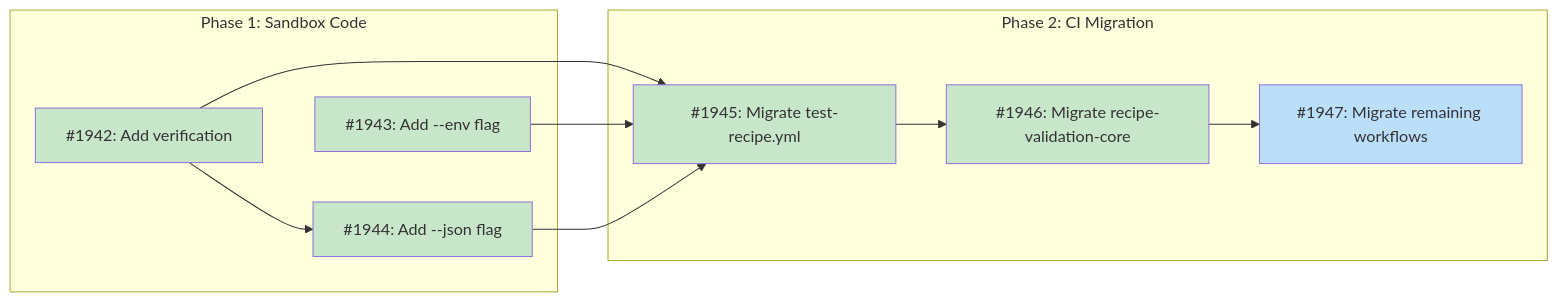
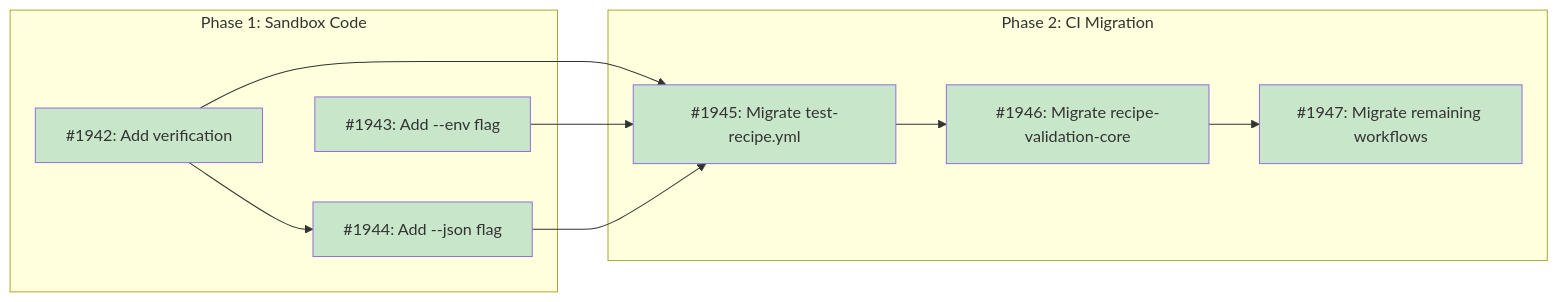
The diagram in docs/designs/DESIGN-sandbox-ci-integration.md (tsukumogami/tsuku), drawn with Mermaid before and after one commit. The commit also changed other lines of this file and 5 other files, not shown here.

````diff
--- a/docs/designs/DESIGN-sandbox-ci-integration.md
+++ b/docs/designs/DESIGN-sandbox-ci-integration.md
@@ -59,34 +59,34 @@
 ```mermaid
 graph LR
     subgraph Phase1["Phase 1: Sandbox Code"]
         I1942["#1942: Add verification"]
         I1943["#1943: Add --env flag"]
         I1944["#1944: Add --json flag"]
     end
 
     subgraph Phase2["Phase 2: CI Migration"]
         I1945["#1945: Migrate test-recipe.yml"]
         I1946["#1946: Migrate recipe-validation-core"]
         I1947["#1947: Migrate remaining workflows"]
     end
 
     I1942 --> I1944
     I1942 --> I1945
     I1943 --> I1945
     I1944 --> I1945
     I1945 --> I1946
     I1946 --> I1947
 
     classDef done fill:#c8e6c9
     classDef ready fill:#bbdefb
     classDef blocked fill:#fff9c4
     classDef needsDesign fill:#e1bee7
     classDef tracksDesign fill:#FFE0B2,stroke:#F57C00,color:#000
 
     class I1942 done
     class I1943 done
     class I1944 done
     class I1945 done
     class I1946 done
-    class I1947 ready
+    class I1947 done
 ```
````
